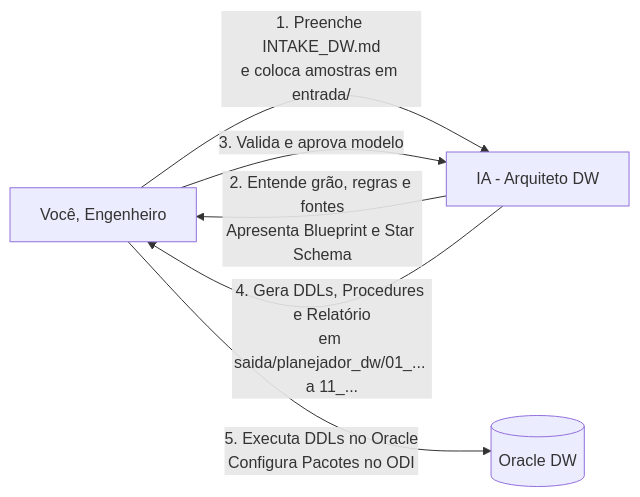
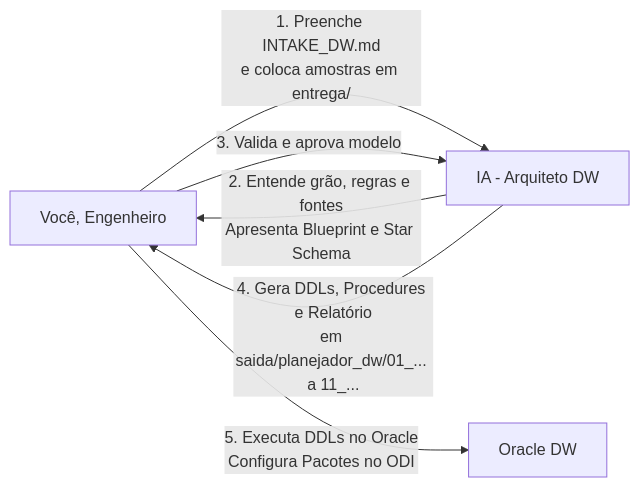
Before and after one commit to jef-prodeb01/NINHO.03: the first of 2 diagrams in documentacao/guias/GUIA_ENGENHEIRO_DW.md, drawn with Mermaid. The commit also changed other lines of this file and 11 other files, not shown here.

Commit message:
fix(docs): converte diagramas Mermaid flowchart para graph compativel com GitLab

````diff
--- a/documentacao/guias/GUIA_ENGENHEIRO_DW.md
+++ b/documentacao/guias/GUIA_ENGENHEIRO_DW.md
@@ -37,8 +37,8 @@
 ```mermaid
-flowchart LR
-    ENG[Você, Engenheiro] -->|1. Preenche INTAKE_DW.md<br/>e coloca amostras em entrada/| IA[IA - Arquiteto DW]
+graph LR
+    ENG["Você, Engenheiro"] -->|1. Preenche INTAKE_DW.md<br/>e coloca amostras em entrega/| IA["IA - Arquiteto DW"]
     IA -->|2. Entende grão, regras e fontes<br/>Apresenta Blueprint e Star Schema| ENG
     ENG -->|3. Valida e aprova modelo| IA
     IA -->|4. Gera DDLs, Procedures e Relatório<br/>em saida/planejador_dw/01_... a 11_...| ENG
-    ENG -->|5. Executa DDLs no Oracle<br/>Configura Pacotes no ODI| DB[(Oracle DW)]
+    ENG -->|5. Executa DDLs no Oracle<br/>Configura Pacotes no ODI| DB["Oracle DW"]
 ```
````
